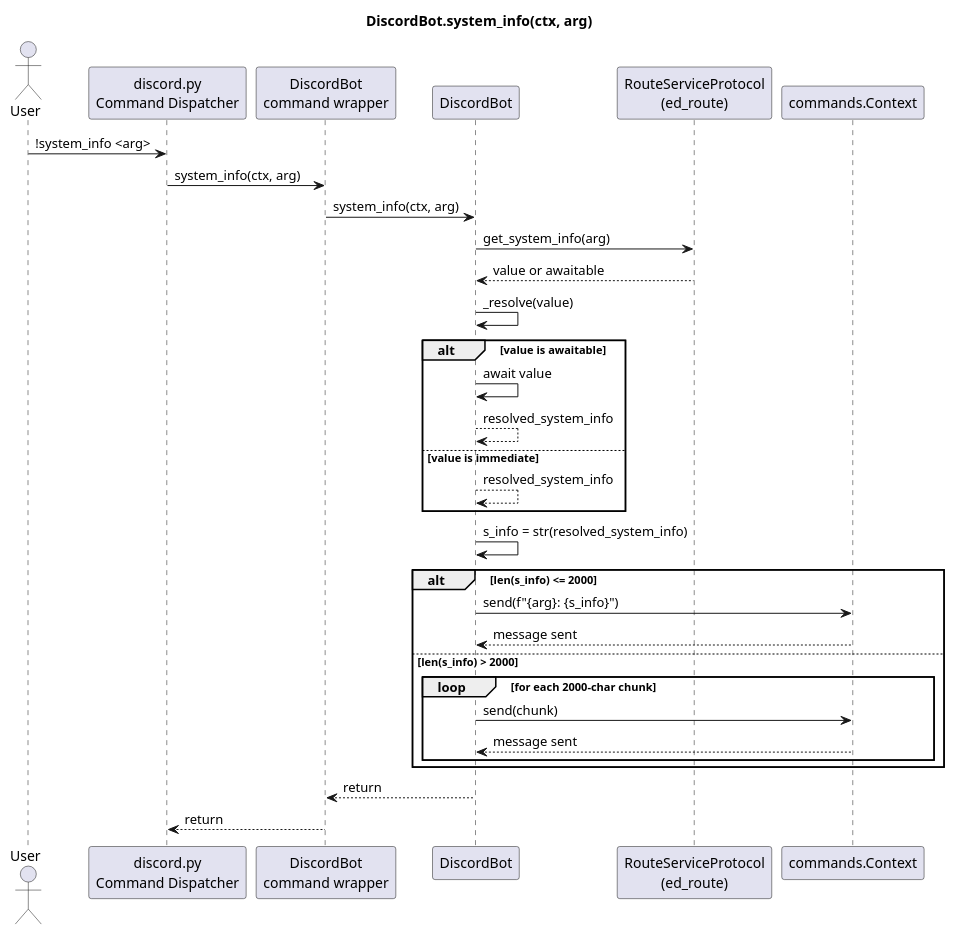
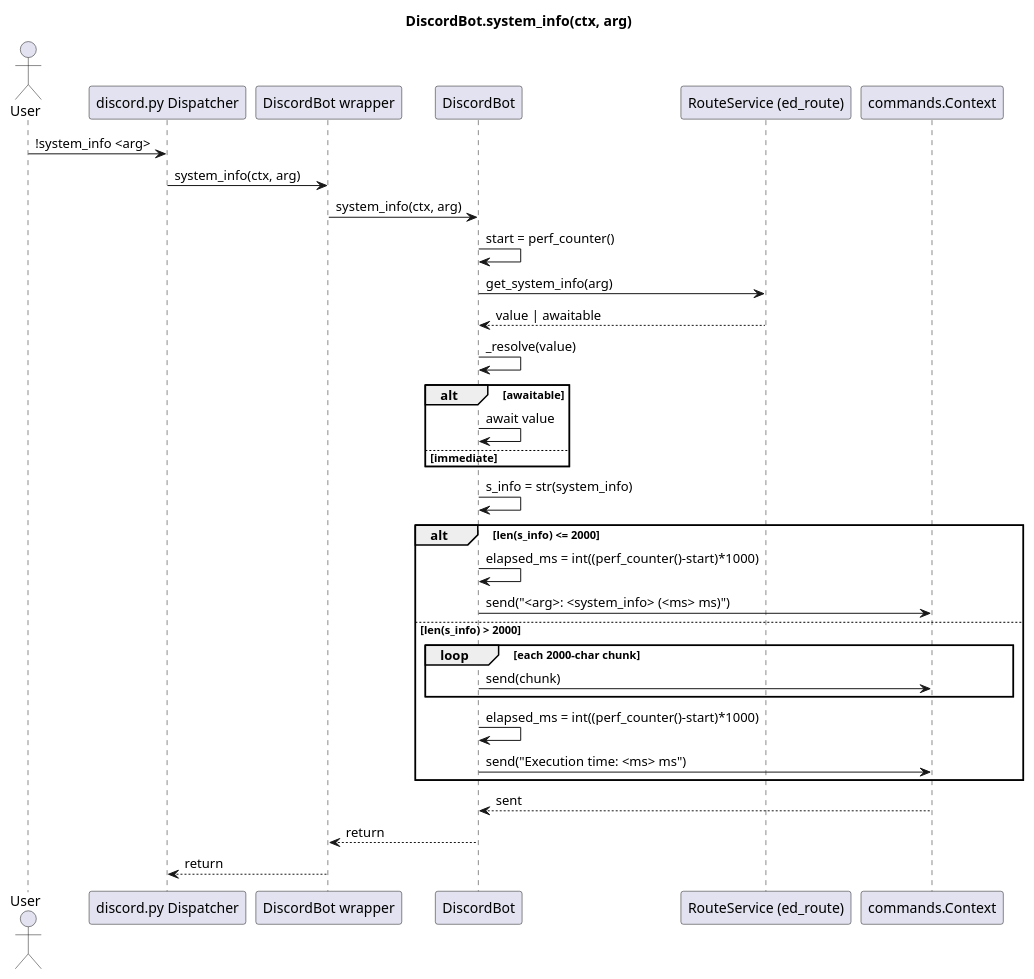
One commit to fazleskhan/elite_dangerous_discord_tools changed the second of 5 diagrams in docs/discord_bot_sequences.puml. Above: the diagram before and after it, drawn with PlantUML. The commit also changed other lines of this file and 13 other files, not shown here.

Commit message:
updated sequence diagrams and ran black against the source

```diff
--- a/docs/discord_bot_sequences.puml
+++ b/docs/discord_bot_sequences.puml
@@ -19,35 +21,36 @@
 @startuml
 title DiscordBot.system_info(ctx, arg)
 
 actor User
-participant "discord.py\nCommand Dispatcher" as Dispatcher
-participant "DiscordBot\ncommand wrapper" as Wrapper
+participant "discord.py Dispatcher" as Dispatcher
+participant "DiscordBot wrapper" as Wrapper
 participant "DiscordBot" as Bot
-participant "RouteServiceProtocol\n(ed_route)" as RouteService
+participant "RouteService (ed_route)" as Route
 participant "commands.Context" as Ctx
 
 User -> Dispatcher: !system_info <arg>
 Dispatcher -> Wrapper: system_info(ctx, arg)
 Wrapper -> Bot: system_info(ctx, arg)
-Bot -> RouteService: get_system_info(arg)
-RouteService --> Bot: value or awaitable
+Bot -> Bot: start = perf_counter()
+Bot -> Route: get_system_info(arg)
+Route --> Bot: value | awaitable
 Bot -> Bot: _resolve(value)
-alt value is awaitable
+alt awaitable
   Bot -> Bot: await value
-  Bot --> Bot: resolved_system_info
-else value is immediate
-  Bot --> Bot: resolved_system_info
+else immediate
 end
-Bot -> Bot: s_info = str(resolved_system_info)
+Bot -> Bot: s_info = str(system_info)
 alt len(s_info) <= 2000
-  Bot -> Ctx: send(f"{arg}: {s_info}")
-  Ctx --> Bot: message sent
+  Bot -> Bot: elapsed_ms = int((perf_counter()-start)*1000)
+  Bot -> Ctx: send("<arg>: <system_info> (<ms> ms)")
 else len(s_info) > 2000
-  loop for each 2000-char chunk
+  loop each 2000-char chunk
     Bot -> Ctx: send(chunk)
-    Ctx --> Bot: message sent
   end
+  Bot -> Bot: elapsed_ms = int((perf_counter()-start)*1000)
+  Bot -> Ctx: send("Execution time: <ms> ms")
 end
+Ctx --> Bot: sent
 Bot --> Wrapper: return
 Wrapper --> Dispatcher: return
 @enduml
```
